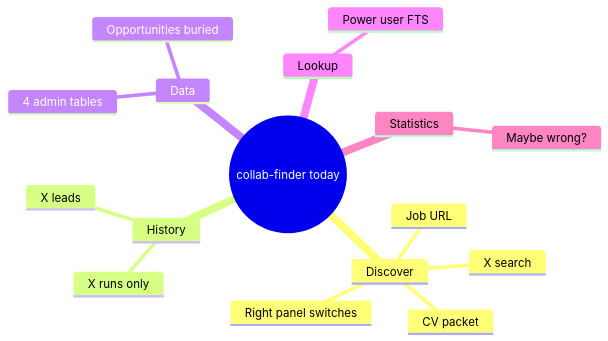
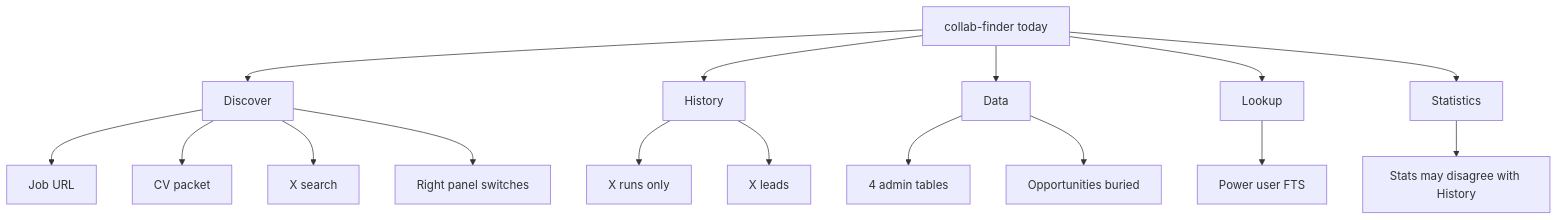
One commit to p10ns11y/collab-finder changed the fourth of 6 diagrams in reports/ux-review-v0.1-dogfood.md. Above: the diagram before and after it, drawn with Mermaid. The commit also changed other lines of this file and 3 other files, not shown here.

First line of the commit message:
docs(reports): add tech debt deep dive and fix Mermaid diagram compatibility

````diff
--- a/reports/ux-review-v0.1-dogfood.md
+++ b/reports/ux-review-v0.1-dogfood.md
@@ -209,19 +209,24 @@
 ```mermaid
-mindmap
-  root((collab-finder today))
-    Discover
-      Job URL
-      CV packet
-      X search
-      Right panel switches
-    History
-      X runs only
-      X leads
-    Data
-      4 admin tables
-      Opportunities buried
-    Lookup
-      Power user FTS
-    Statistics
-      Maybe wrong?
+flowchart TB
+  root_today[collab-finder today]
+
+  root_today --> D[Discover]
+  D --> D1[Job URL]
+  D --> D2[CV packet]
+  D --> D3[X search]
+  D --> D4[Right panel switches]
+
+  root_today --> H[History]
+  H --> H1[X runs only]
+  H --> H2[X leads]
+
+  root_today --> DT[Data]
+  DT --> DT1[4 admin tables]
+  DT --> DT2[Opportunities buried]
+
+  root_today --> L[Lookup]
+  L --> L1[Power user FTS]
+
+  root_today --> S[Statistics]
+  S --> S1[Stats may disagree with History]
 ```
````
